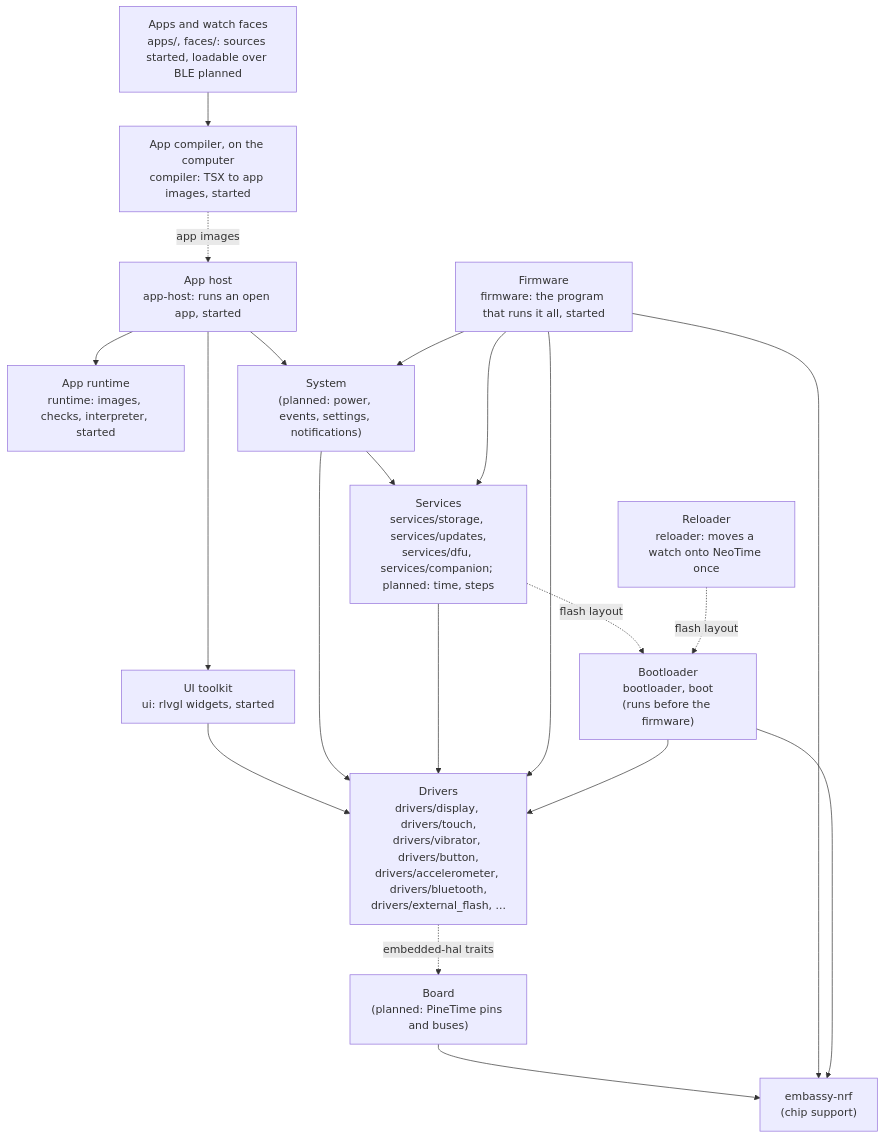
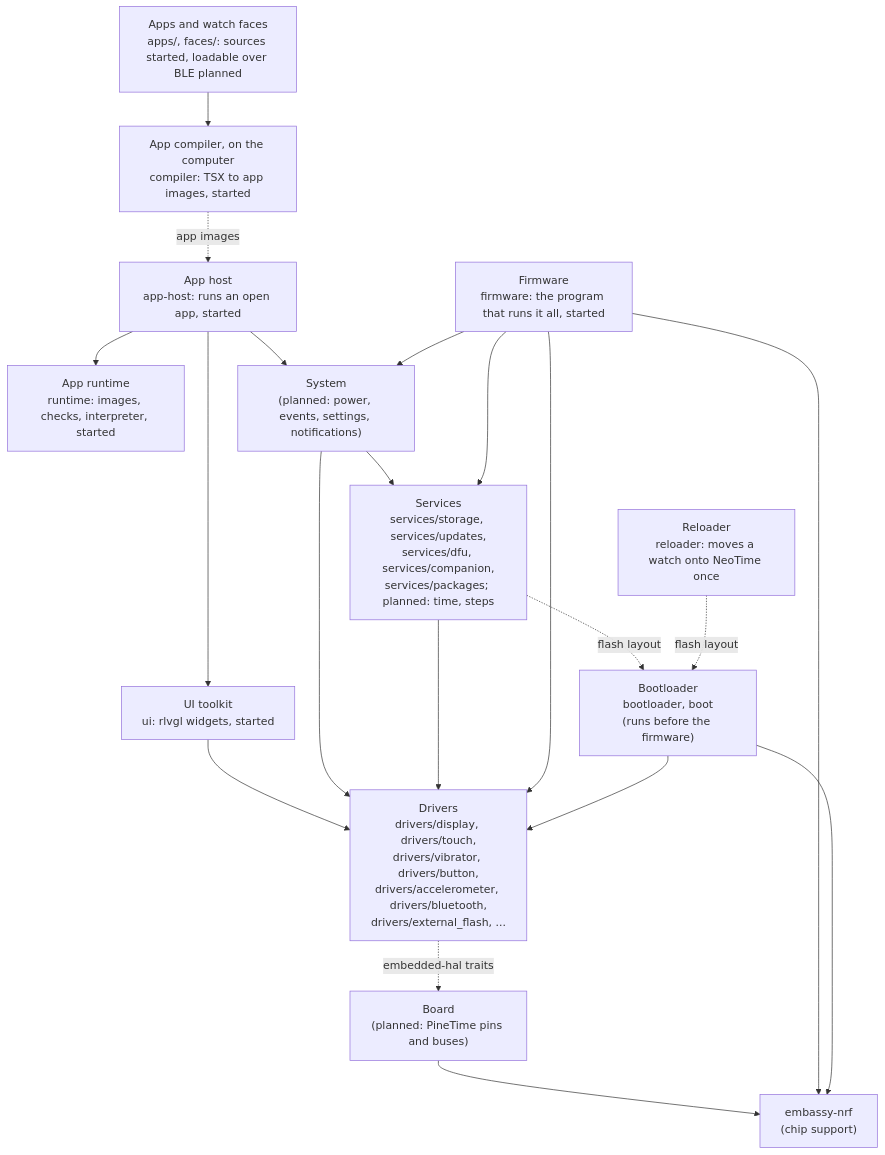
The diagram in docs/architecture.md (BeatLink/BattleTime), drawn with Mermaid before and after one commit. The commit also changed other lines of this file and 8 other files, not shown here.

````diff
--- a/docs/architecture.md
+++ b/docs/architecture.md
@@ -28,38 +28,38 @@
 ```mermaid
 flowchart TB
     apps["Apps and watch faces<br/>apps/, faces/: sources started, loadable over BLE planned"]
     host["App host<br/>app-host: runs an open app, started"]
     compiler["App compiler, on the computer<br/>compiler: TSX to app images, started"]
     runtime["App runtime<br/>runtime: images, checks, interpreter, started"]
     ui["UI toolkit<br/>ui: rlvgl widgets, started"]
     system["System<br/>(planned: power, events, settings, notifications)"]
-    services["Services<br/>services/storage, services/updates,<br/>services/dfu, services/companion; planned: time, steps"]
+    services["Services<br/>services/storage, services/updates,<br/>services/dfu, services/companion,<br/>services/packages; planned: time, steps"]
     drivers["Drivers<br/>drivers/display, drivers/touch,<br/>drivers/vibrator, drivers/button,<br/>drivers/accelerometer, drivers/bluetooth,<br/>drivers/external_flash, ..."]
     board["Board<br/>(planned: PineTime pins and buses)"]
     hal["embassy-nrf<br/>(chip support)"]
 
     apps --> compiler
     compiler -. app images .-> host
     host --> runtime
     host --> ui
     host --> system
     ui --> drivers
     system --> services
     system --> drivers
     services --> drivers
     drivers -. embedded-hal traits .-> board
     board --> hal
 
     firmware["Firmware<br/>firmware: the program that runs it all, started"]
     firmware --> system
     firmware --> services
     firmware --> drivers
     firmware --> hal
 
     bootloader["Bootloader<br/>bootloader, boot<br/>(runs before the firmware)"]
     bootloader --> drivers
     bootloader --> hal
     services -. flash layout .-> bootloader
     reloader["Reloader<br/>reloader: moves a watch onto NeoTime once"]
     reloader -. flash layout .-> bootloader
 ```
````
